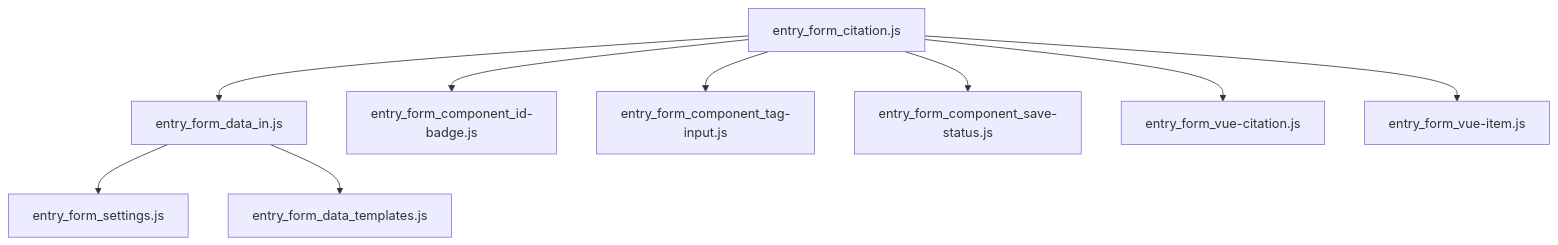
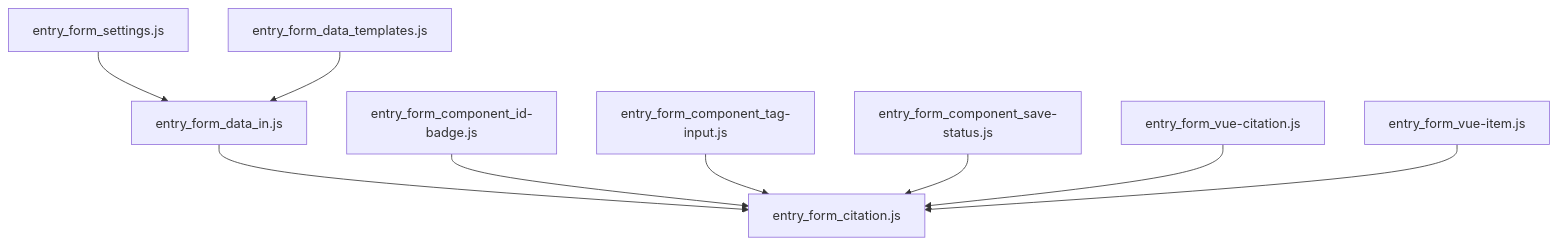
Before and after one commit to Brown-University-Library/disa_dj_project: the diagram in README_input-form.md, drawn with Mermaid.

Commit message:
Update module dependency diagram (reverse arrows)

````diff
--- a/README_input-form.md
+++ b/README_input-form.md
@@ -5,12 +5,12 @@
 ```mermaid
 graph TD;
-    entry_form_citation.js-->entry_form_data_in.js;
-    entry_form_citation.js-->entry_form_component_id-badge.js;
-    entry_form_citation.js-->entry_form_component_tag-input.js;
-    entry_form_citation.js-->entry_form_component_save-status.js;
-    entry_form_citation.js-->entry_form_vue-citation.js;
-    entry_form_citation.js-->entry_form_vue-item.js;
+    entry_form_data_in.js-->entry_form_citation.js;
+    entry_form_component_id-badge.js-->entry_form_citation.js;
+    entry_form_component_tag-input.js-->entry_form_citation.js;
+    entry_form_component_save-status.js-->entry_form_citation.js;
+    entry_form_vue-citation.js-->entry_form_citation.js;
+    entry_form_vue-item.js-->entry_form_citation.js;
 
-    entry_form_data_in.js-->entry_form_settings.js;
-    entry_form_data_in.js-->entry_form_data_templates.js;
+    entry_form_settings.js-->entry_form_data_in.js;
+    entry_form_data_templates.js-->entry_form_data_in.js;
 ```
````
